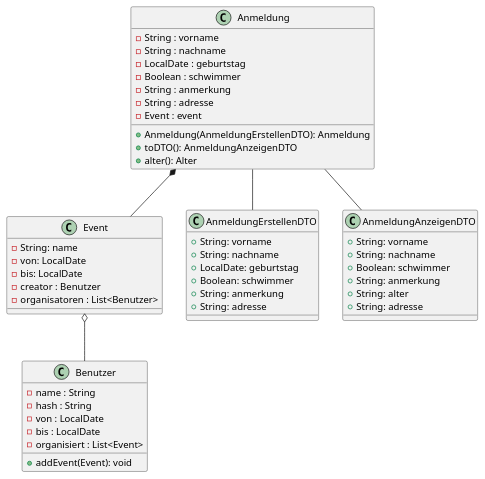
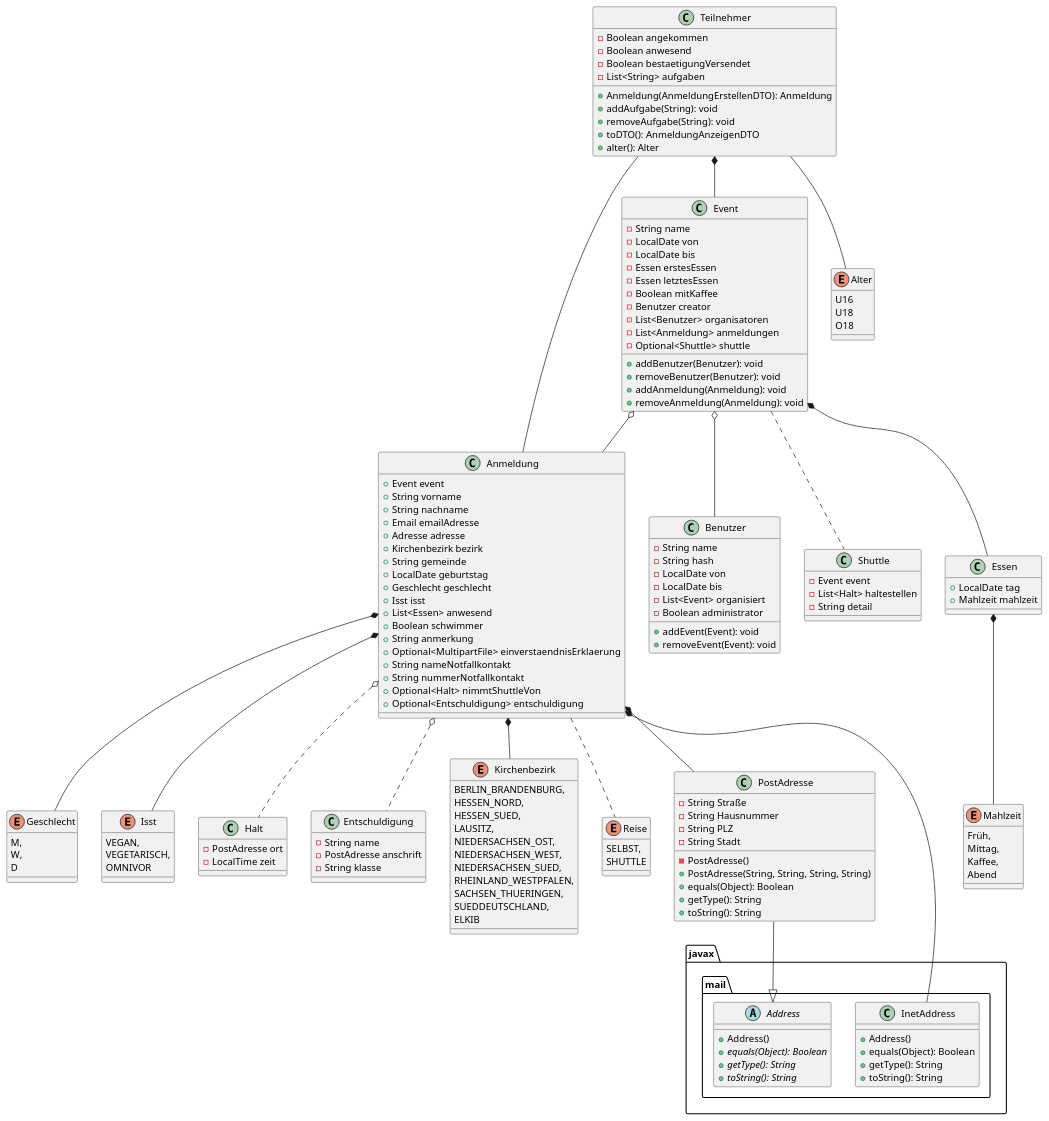
One commit to LukasMarsch/Anmelde-Tool changed the diagram in doc/klassendiagramm.puml. Above: the diagram before and after it, drawn with PlantUML.

Commit message:
klassendiagramm v1

```diff
--- a/doc/klassendiagramm.puml
+++ b/doc/klassendiagramm.puml
@@ -1,54 +1,171 @@
 @startuml
-Anmeldung *-- Event
-Anmeldung -- AnmeldungErstellenDTO
-Anmeldung -- AnmeldungAnzeigenDTO
+Teilnehmer *-- Event
+Teilnehmer -- Anmeldung
+Teilnehmer -- Alter
 Event o-- Benutzer
+Event o-- Anmeldung
+Event .. Shuttle
+Event *-- Essen
+Anmeldung *-- Geschlecht
+Anmeldung *-- Isst
+Anmeldung o.. Halt
+Anmeldung o.. Entschuldigung
+Anmeldung *-- Kirchenbezirk
+Anmeldung .. Reise
+Anmeldung *-- PostAdresse
+Anmeldung *-- javax.mail.InetAddress
+Essen *-- Mahlzeit
+PostAdresse --|> javax.mail.Address
+
+abstract class javax.mail.Address {
+    +Address()
+    +{abstract} equals(Object): Boolean
+    +{abstract} getType(): String
+    +{abstract} toString(): String
+}
+
+class javax.mail.InetAddress {
+    +Address()
+    +equals(Object): Boolean
+    +getType(): String
+    +toString(): String
+}
 
 class Event {
-    -String: name
-    -von: LocalDate
-    -bis: LocalDate
-    -creator : Benutzer
-    -organisatoren : List<Benutzer>
+    -String name
+    -LocalDate von
+    -LocalDate bis
+    -Essen erstesEssen
+    -Essen letztesEssen
+    -Boolean mitKaffee
+    -Benutzer creator
+    -List<Benutzer> organisatoren
+    -List<Anmeldung> anmeldungen
+    -Optional<Shuttle> shuttle
+    +addBenutzer(Benutzer): void
+    +removeBenutzer(Benutzer): void
+    +addAnmeldung(Anmeldung): void
+    +removeAnmeldung(Anmeldung): void
 }
 
 class Benutzer {
-    -name : String
-    -hash : String
-    -von : LocalDate
-    -bis : LocalDate
-    -organisiert : List<Event>
+    -String name
+    -String hash
+    -LocalDate von
+    -LocalDate bis
+    -List<Event> organisiert
+    -Boolean administrator
     +addEvent(Event): void
+    +removeEvent(Event): void
 }
 
-class Anmeldung {
-    -String : vorname
-    -String : nachname
-    -LocalDate : geburtstag
-    -Boolean : schwimmer
-    -String : anmerkung
-    -String : adresse
-    -Event : event
-    +Anmeldung(AnmeldungErstellenDTO): Anmeldung 
+class Teilnehmer {
+    -Boolean angekommen
+    -Boolean anwesend
+    -Boolean bestaetigungVersendet
+    -List<String> aufgaben
+    +Anmeldung(AnmeldungErstellenDTO): Anmeldung
+    +addAufgabe(String): void
+    +removeAufgabe(String): void
     +toDTO(): AnmeldungAnzeigenDTO
     +alter(): Alter
 }
 
-class AnmeldungAnzeigenDTO {
-    +String: vorname
-    +String: nachname
-    +Boolean: schwimmer
-    +String: anmerkung
-    +String: alter
-    +String: adresse
+class Anmeldung {
+    +Event event
+    +String vorname
+    +String nachname
+    +Email emailAdresse
+    +Adresse adresse
+    +Kirchenbezirk bezirk
+    +String gemeinde
+    +LocalDate geburtstag
+    +Geschlecht geschlecht
+    +Isst isst
+    +List<Essen> anwesend
+    +Boolean schwimmer
+    +String anmerkung
+    +Optional<MultipartFile> einverstaendnisErklaerung
+    +String nameNotfallkontakt
+    +String nummerNotfallkontakt
+    +Optional<Halt> nimmtShuttleVon
+    +Optional<Entschuldigung> entschuldigung
 }
 
-class AnmeldungErstellenDTO {
-    +String: vorname
-    +String: nachname
-    +LocalDate: geburtstag
-    +Boolean: schwimmer
-    +String: anmerkung
-    +String: adresse
+class Entschuldigung {
+    -String name
+    -PostAdresse anschrift
+    -String klasse
+}
+
+class Shuttle {
+    -Event event
+    -List<Halt> haltestellen
+    -String detail
+}
+
+class Halt {
+    -PostAdresse ort
+    -LocalTime zeit
+}
+
+class PostAdresse {
+    -String Straße
+    -String Hausnummer
+    -String PLZ
+    -String Stadt
+    -PostAdresse()
+    +PostAdresse(String, String, String, String)
+    +equals(Object): Boolean
+    +getType(): String
+    +toString(): String
+}
+
+enum Mahlzeit {
+    Früh,
+    Mittag,
+    Kaffee,
+    Abend
+}
+
+class Essen {
+    +LocalDate tag
+    +Mahlzeit mahlzeit
+}
+
+enum Geschlecht {
+    M,
+    W,
+    D
+}
+
+enum Isst {
+    VEGAN,
+    VEGETARISCH,
+    OMNIVOR
+}
+
+enum Reise {
+    SELBST,
+    SHUTTLE
+}
+
+enum Kirchenbezirk {
+    BERLIN_BRANDENBURG,
+    HESSEN_NORD,
+    HESSEN_SUED,
+    LAUSITZ,
+    NIEDERSACHSEN_OST,
+    NIEDERSACHSEN_WEST,
+    NIEDERSACHSEN_SUED,
+    RHEINLAND_WESTPFALEN,
+    SACHSEN_THUERINGEN,
+    SUEDDEUTSCHLAND,
+    ELKIB
+}
+enum Alter {
+    U16
+    U18
+    O18
 }
 @enduml
```
